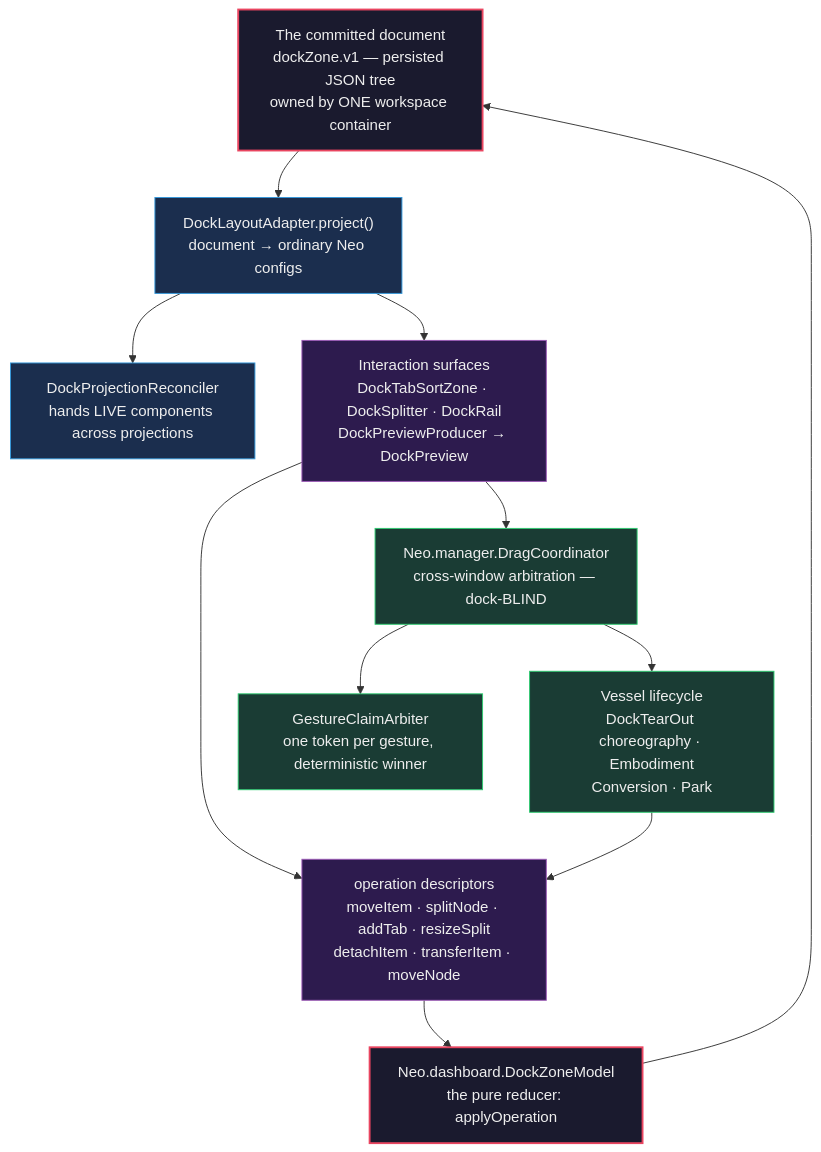
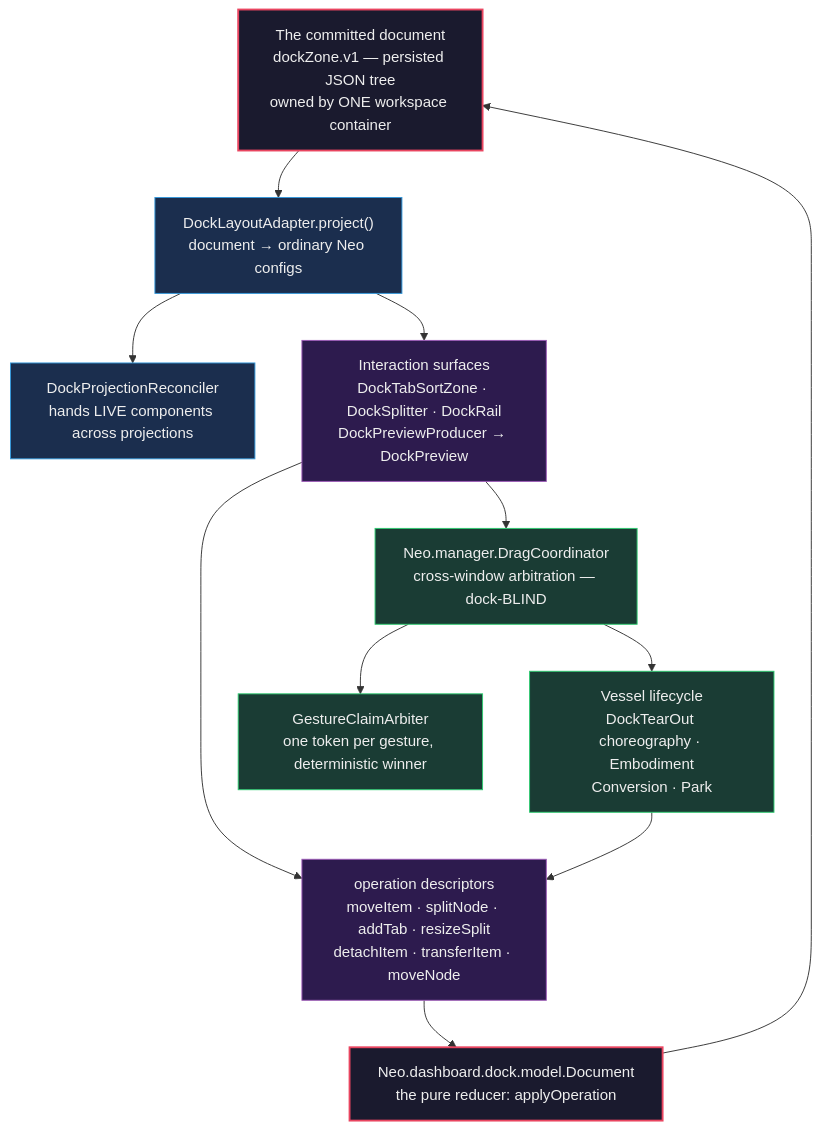
Before and after one commit to neomjs/neo: the first of 2 diagrams in learn/guides/uibuildingblocks/DockLayouts.md, drawn with Mermaid. The commit also changed other lines of this file and 5 other files, not shown here.

````diff
--- a/learn/guides/uibuildingblocks/DockLayouts.md
+++ b/learn/guides/uibuildingblocks/DockLayouts.md
@@ -42,28 +42,28 @@
 ```mermaid
 flowchart TD
     classDef doc fill:#1a1a2e,stroke:#e94560,stroke-width:2px,color:#eee
     classDef proj fill:#1b2e4e,stroke:#3498db,stroke-width:1px,color:#eee
     classDef inter fill:#2d1b4e,stroke:#9b59b6,stroke-width:1px,color:#eee
     classDef cross fill:#1a3c34,stroke:#2ecc71,stroke-width:1px,color:#eee
 
     Document["The committed document<br/>dockZone.v1 — persisted JSON tree<br/>owned by ONE workspace container"]:::doc
-    Model["Neo.dashboard.DockZoneModel<br/>the pure reducer: applyOperation"]:::doc
+    Model["Neo.dashboard.dock.model.Document<br/>the pure reducer: applyOperation"]:::doc
     Adapter["DockLayoutAdapter.project()<br/>document → ordinary Neo configs"]:::proj
     Reconciler["DockProjectionReconciler<br/>hands LIVE components across projections"]:::proj
     Surfaces["Interaction surfaces<br/>DockTabSortZone · DockSplitter · DockRail<br/>DockPreviewProducer → DockPreview"]:::inter
     Descriptors["operation descriptors<br/>moveItem · splitNode · addTab · resizeSplit<br/>detachItem · transferItem · moveNode"]:::inter
     Coordinator["Neo.manager.DragCoordinator<br/>cross-window arbitration — dock-BLIND"]:::cross
     Arbiter["GestureClaimArbiter<br/>one token per gesture, deterministic winner"]:::cross
     Vessels["Vessel lifecycle<br/>DockTearOut choreography · Embodiment<br/>Conversion · Park"]:::cross
 
     Document --> Adapter
     Adapter --> Reconciler
     Adapter --> Surfaces
     Surfaces --> Descriptors
     Descriptors --> Model
     Model --> Document
     Surfaces --> Coordinator
     Coordinator --> Arbiter
     Coordinator --> Vessels
     Vessels --> Descriptors
 ```
````
